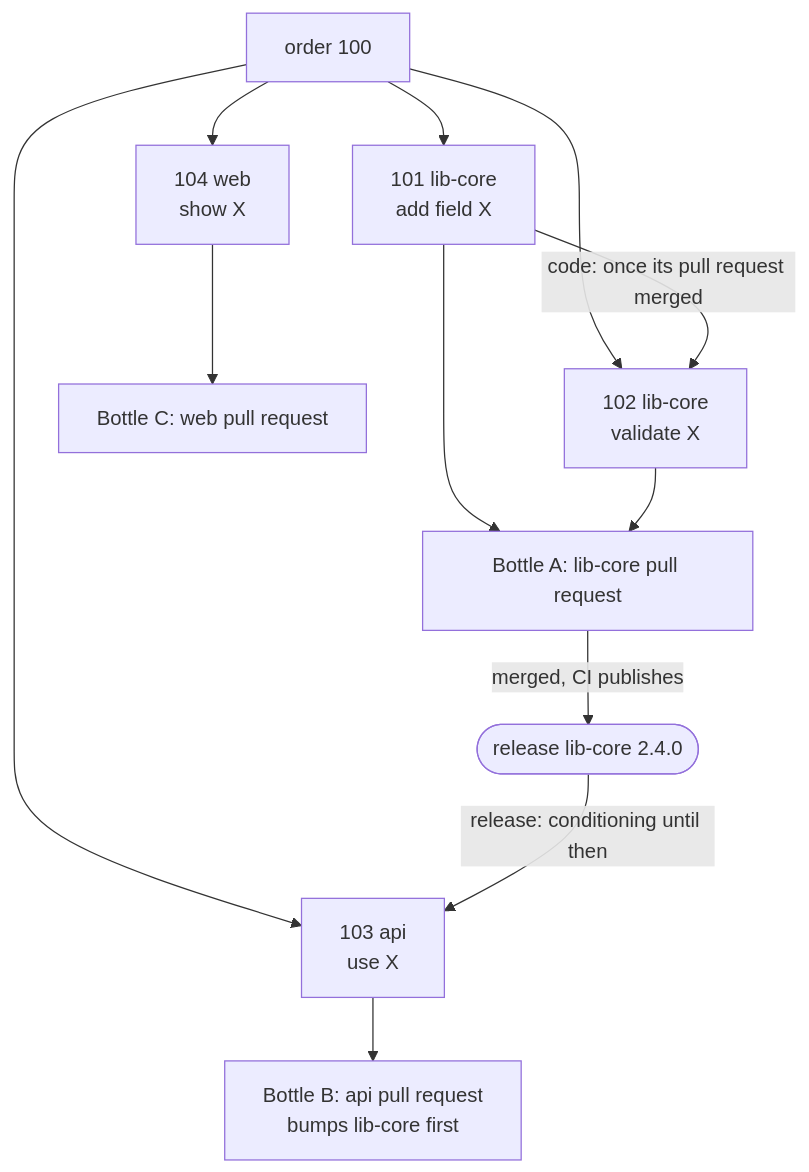
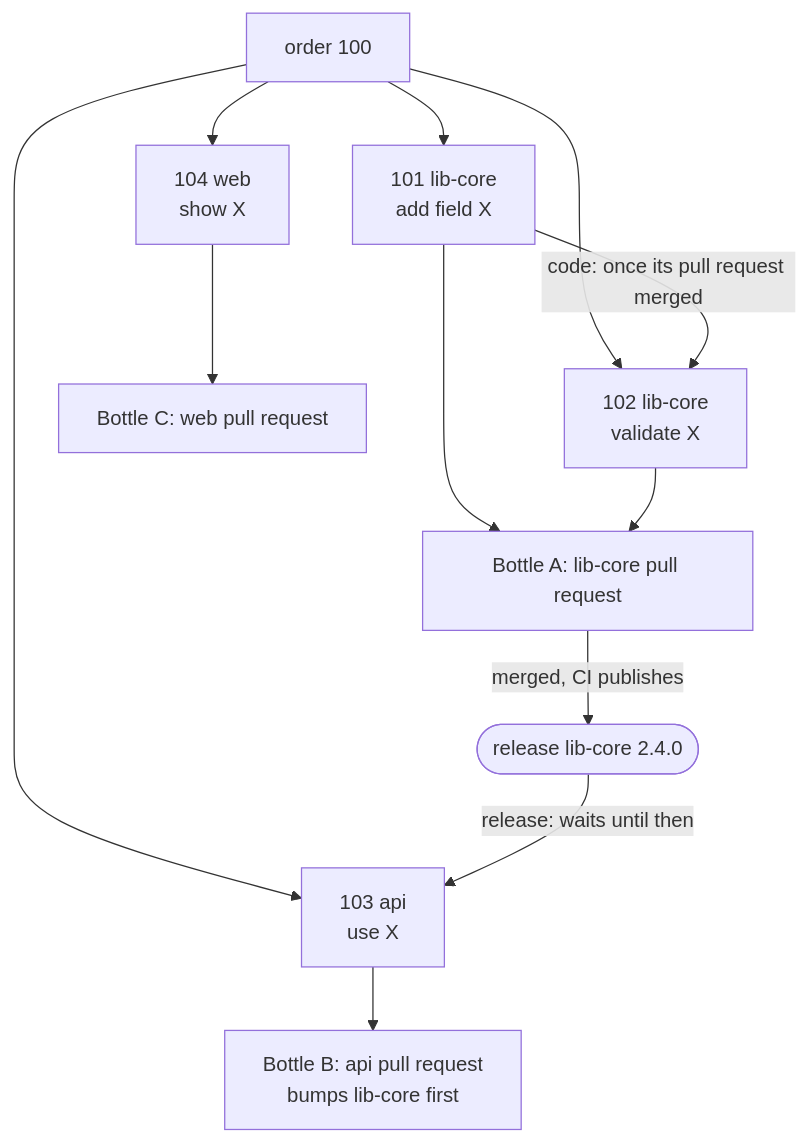
The diagram in docs/design/intake/work-breakdown.md (EdwinBekaert/foedrum), drawn with Mermaid before and after one commit. The commit also changed other lines of this file and 2 other files, not shown here.

Commit message:
Record that a blocked sub-order waits without a batch, and fix ADR 0211's links to ADR 0013

````diff
--- a/docs/design/intake/work-breakdown.md
+++ b/docs/design/intake/work-breakdown.md
@@ -34,13 +34,13 @@
 ```mermaid
 flowchart TD
   O["order 100"] --> S1["101 lib-core<br/>add field X"]
   O --> S2["102 lib-core<br/>validate X"]
   O --> S3["103 api<br/>use X"]
   O --> S4["104 web<br/>show X"]
   S1 -->|"code: once its pull request merged"| S2
   S1 & S2 --> BA["Bottle A: lib-core pull request"]
   BA -->|"merged, CI publishes"| R(["release lib-core 2.4.0"])
-  R -->|"release: conditioning until then"| S3
+  R -->|"release: waits until then"| S3
   S3 --> BB["Bottle B: api pull request<br/>bumps lib-core first"]
   S4 --> BC["Bottle C: web pull request"]
 ```
````
